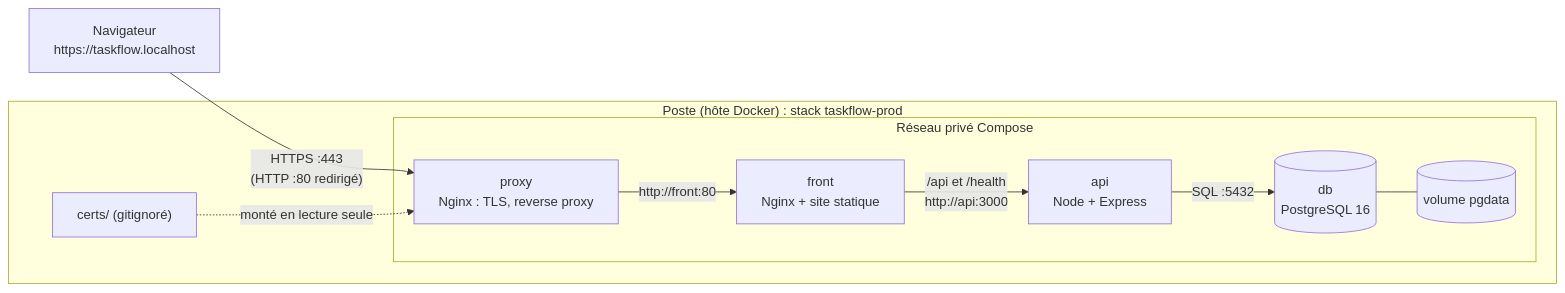
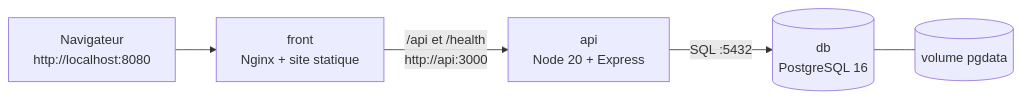
The diagram in tp/fil-rouge-taskflow/starter/docs/ARCHITECTURE.md (Foreach-Academy-France/formation-cda-devops), drawn with Mermaid before and after one commit. The commit also changed other lines of this file and 226 other files, not shown here.

````diff
--- a/tp/fil-rouge-taskflow/starter/docs/ARCHITECTURE.md
+++ b/tp/fil-rouge-taskflow/starter/docs/ARCHITECTURE.md
@@ -17,14 +9,7 @@
 ```mermaid
 flowchart LR
-    U["Navigateur<br/>https://taskflow.localhost"] -->|"HTTPS :443<br/>(HTTP :80 redirigé)"| P
-
-    subgraph H["Poste (hôte Docker) : stack taskflow-prod"]
-        subgraph D["Réseau privé Compose"]
-            P["proxy<br/>Nginx : TLS, reverse proxy"] -->|"http://front:80"| F["front<br/>Nginx + site statique"]
-            F -->|"/api et /health<br/>http://api:3000"| A["api<br/>Node + Express"]
-            A -->|"SQL :5432"| DB[("db<br/>PostgreSQL 16")]
-            DB --- V[("volume pgdata")]
-        end
-        C["certs/ (gitignoré)"] -.->|"monté en lecture seule"| P
-    end
+    U["Navigateur<br/>http://localhost:8080"] --> F["front<br/>Nginx + site statique"]
+    F -->|"/api et /health<br/>http://api:3000"| A["api<br/>Node 20 + Express"]
+    A -->|"SQL :5432"| DB[("db<br/>PostgreSQL 16")]
+    DB --- V[("volume pgdata")]
 ```
````
